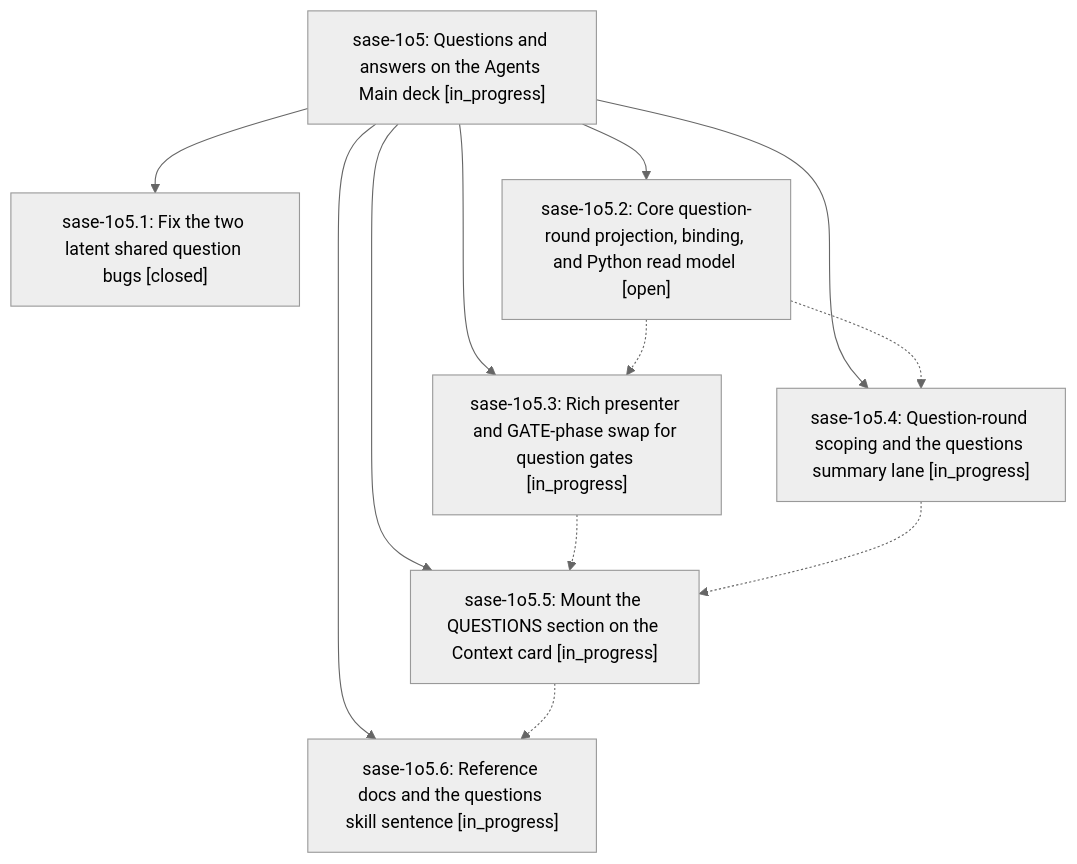
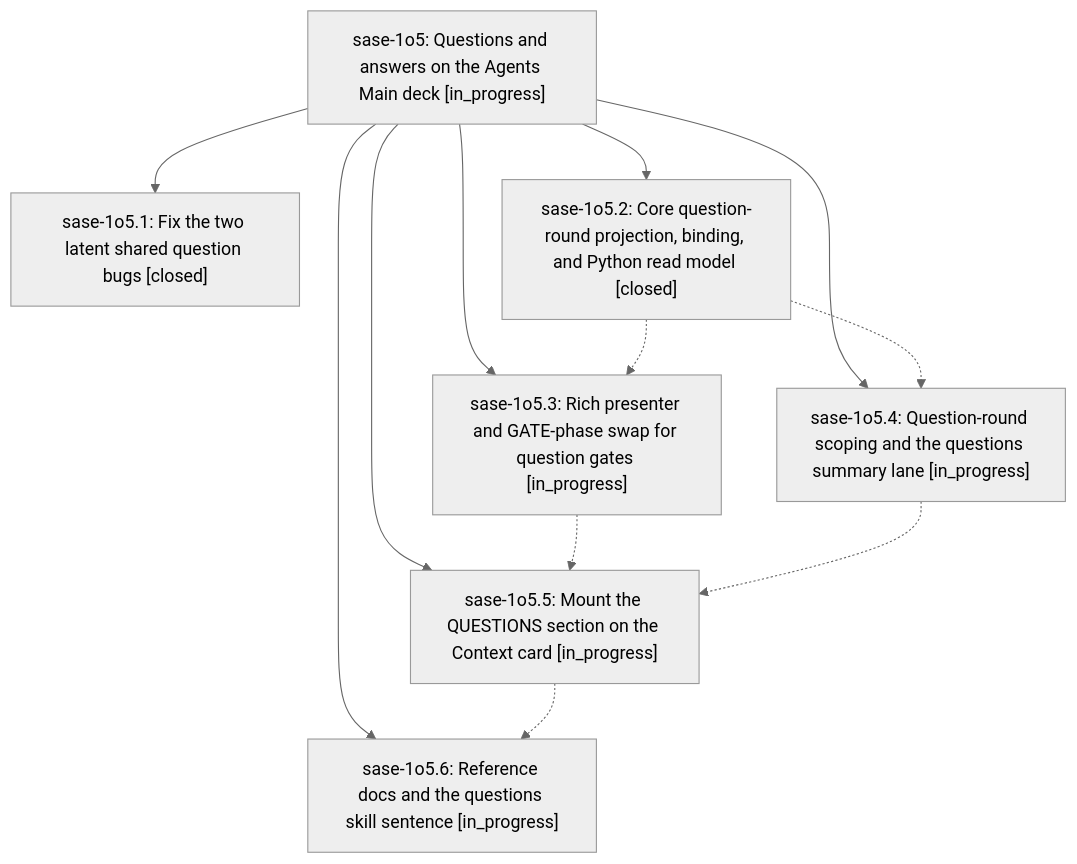
The diagram in pages/sase-1o5/README.md (sase-org/sase--beads), drawn with Mermaid (neutral theme) before and after one commit. The commit also changed other lines of this file and 4 other files, not shown here.

````diff
--- a/pages/sase-1o5/README.md
+++ b/pages/sase-1o5/README.md
@@ -27,21 +41,21 @@
 ```mermaid
 flowchart TD
     n0["sase-1o5: Questions and answers on the Agents Main deck [in_progress]"]
     n1["sase-1o5.1: Fix the two latent shared question bugs [closed]"]
-    n2["sase-1o5.2: Core question-round projection, binding, and Python read model [open]"]
+    n2["sase-1o5.2: Core question-round projection, binding, and Python read model [closed]"]
     n3["sase-1o5.3: Rich presenter and GATE-phase swap for question gates [in_progress]"]
     n4["sase-1o5.4: Question-round scoping and the questions summary lane [in_progress]"]
     n5["sase-1o5.5: Mount the QUESTIONS section on the Context card [in_progress]"]
     n6["sase-1o5.6: Reference docs and the questions skill sentence [in_progress]"]
     n0 --> n1
     n0 --> n2
     n0 --> n3
     n0 --> n4
     n0 --> n5
     n0 --> n6
     n2 -.-> n3
     n2 -.-> n4
     n3 -.-> n5
     n4 -.-> n5
     n5 -.-> n6
 ```
````
